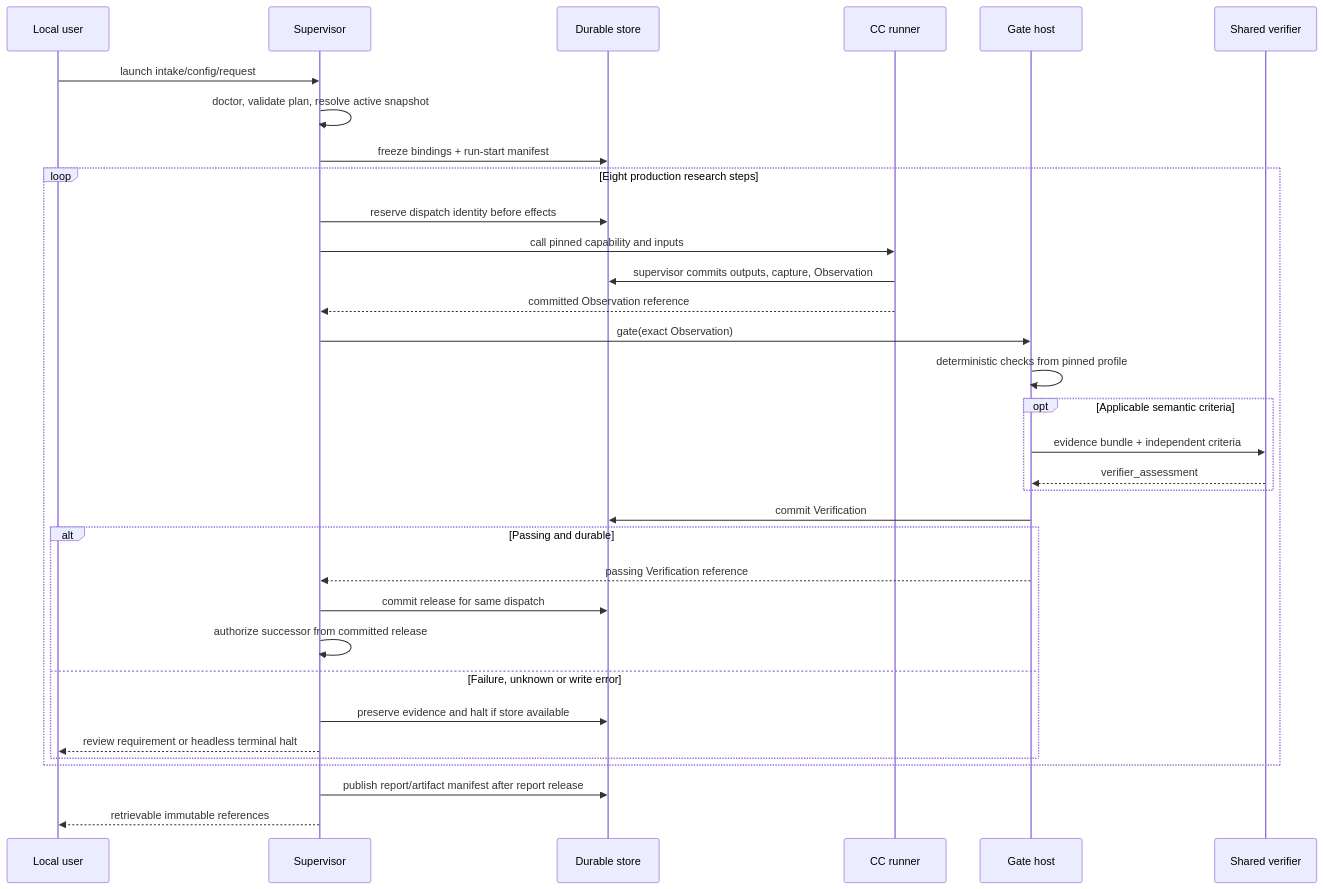
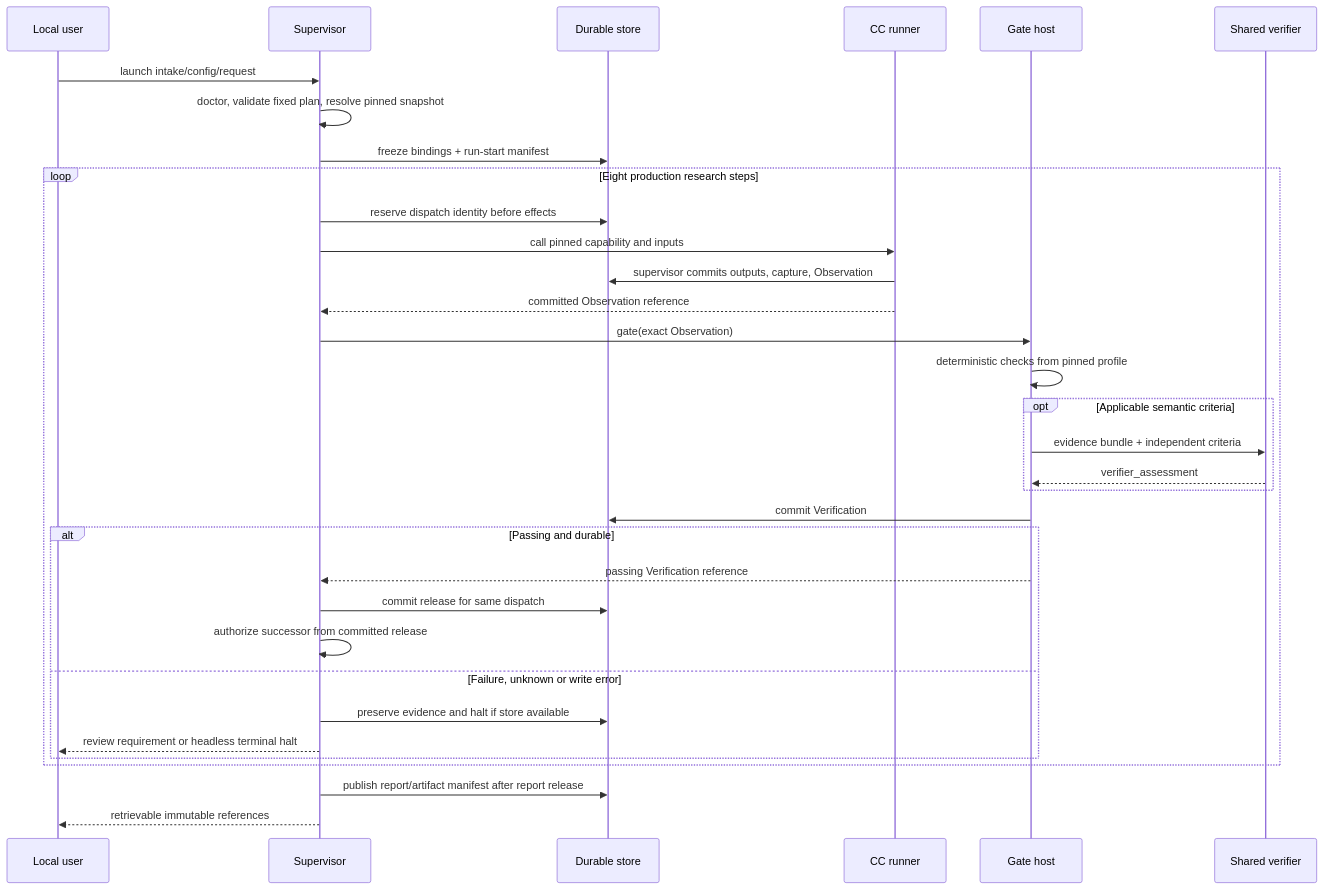
One commit to Stellven/jiuwenswarm changed the first of 3 diagrams in docs/architecture/system/temporal.md. Above: the diagram before and after it, drawn with Mermaid. The commit also changed other lines of this file and 55 other files, not shown here.

Commit message:
Clean architecture authority and deepen capsule and planner contracts

````diff
--- a/docs/architecture/system/temporal.md
+++ b/docs/architecture/system/temporal.md
@@ -21,35 +21,35 @@
 ```mermaid
 sequenceDiagram
     participant U as Local user
     participant S as Supervisor
     participant D as Durable store
     participant R as CC runner
     participant G as Gate host
     participant V as Shared verifier
     U->>S: launch intake/config/request
-    S->>S: doctor, validate plan, resolve active snapshot
+    S->>S: doctor, validate fixed plan, resolve pinned snapshot
     S->>D: freeze bindings + run-start manifest
     loop Eight production research steps
         S->>D: reserve dispatch identity before effects
         S->>R: call pinned capability and inputs
         R->>D: supervisor commits outputs, capture, Observation
         R-->>S: committed Observation reference
         S->>G: gate(exact Observation)
         G->>G: deterministic checks from pinned profile
         opt Applicable semantic criteria
             G->>V: evidence bundle + independent criteria
             V-->>G: verifier_assessment
         end
         G->>D: commit Verification
         alt Passing and durable
             G-->>S: passing Verification reference
             S->>D: commit release for same dispatch
             S->>S: authorize successor from committed release
         else Failure, unknown or write error
             S->>D: preserve evidence and halt if store available
             S-->>U: review requirement or headless terminal halt
         end
     end
     S->>D: publish report/artifact manifest after report release
     S-->>U: retrievable immutable references
 ```
````
